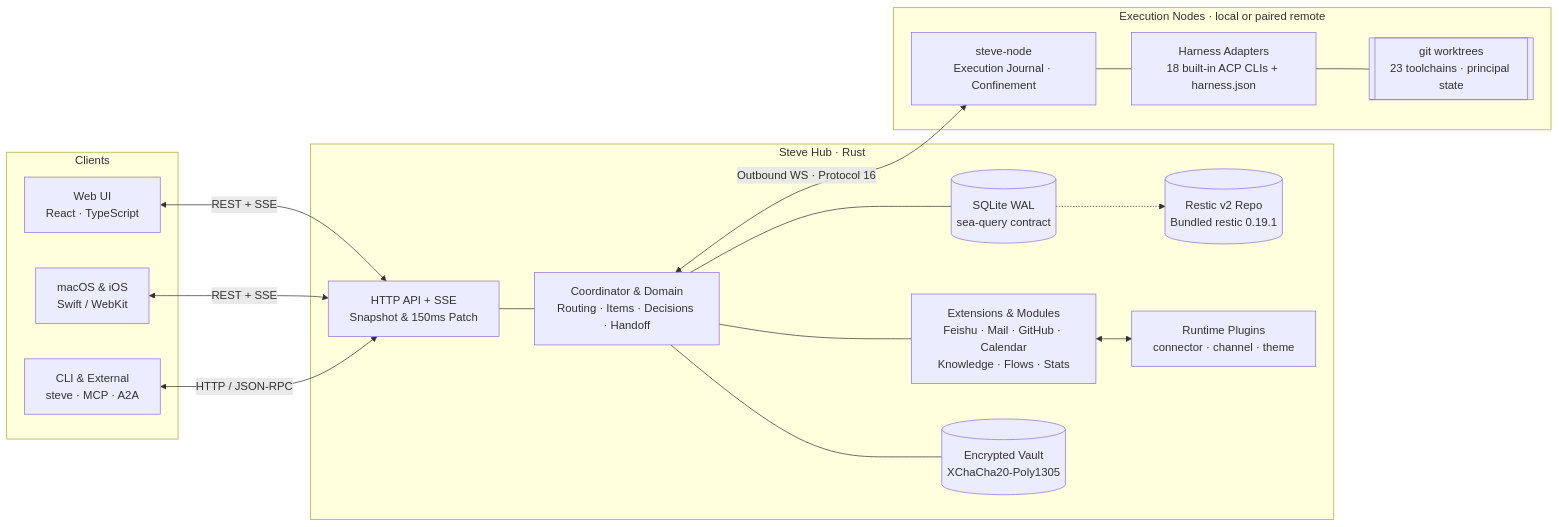
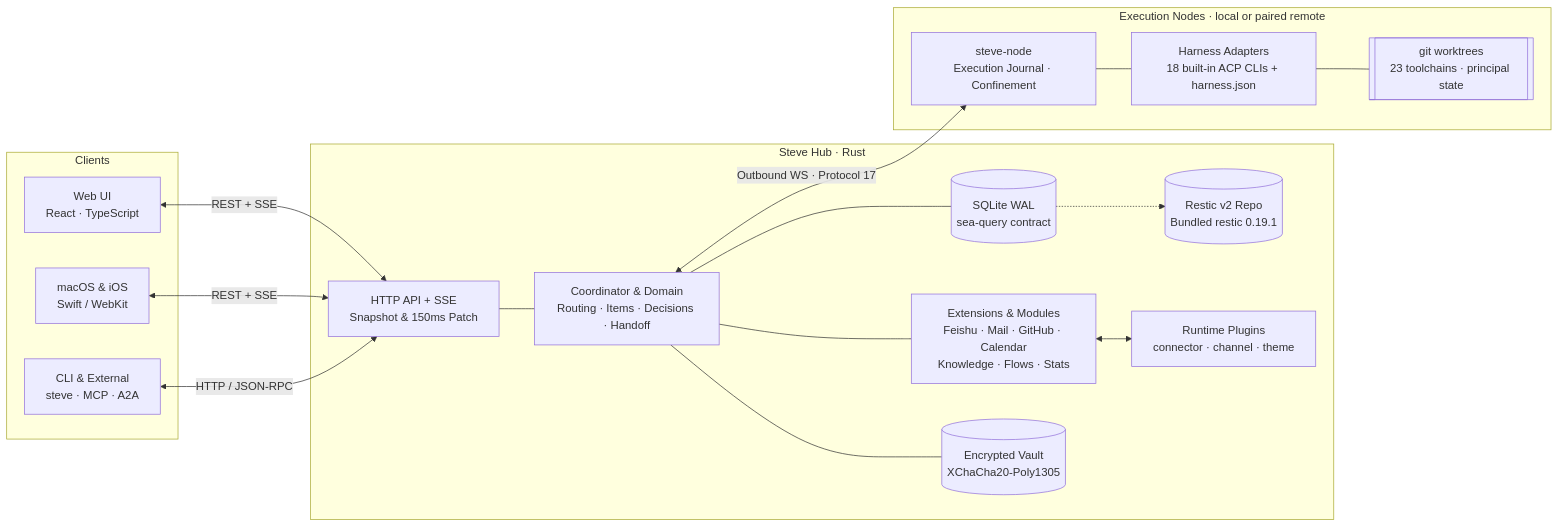
The diagram in docs/architecture.md (Infranite/steve), drawn with Mermaid before and after one commit. The commit also changed other lines of this file and 116 other files, not shown here.

````diff
--- a/docs/architecture.md
+++ b/docs/architecture.md
@@ -7,36 +7,36 @@
 ```mermaid
 flowchart LR
     subgraph Clients["Clients"]
         W["Web UI<br/>React · TypeScript"]
         A["macOS & iOS<br/>Swift / WebKit"]
         CLI["CLI & External<br/>steve · MCP · A2A"]
     end
 
     subgraph Hub["Steve Hub · Rust"]
         API["HTTP API + SSE<br/>Snapshot & 150ms Patch"]
         CORE["Coordinator & Domain<br/>Routing · Items · Decisions · Handoff"]
         MOD["Extensions & Modules<br/>Feishu · Mail · GitHub · Calendar<br/>Knowledge · Flows · Stats"]
         STORE[("SQLite WAL<br/>sea-query contract")]
         VAULT[("Encrypted Vault<br/>XChaCha20-Poly1305")]
         BK[("Restic v2 Repo<br/>Bundled restic 0.19.1")]
         PLG["Runtime Plugins<br/>connector · channel · theme"]
     end
 
     subgraph Nodes["Execution Nodes · local or paired remote"]
         N1["steve-node<br/>Execution Journal · Confinement"]
         ACP["Harness Adapters<br/>18 built-in ACP CLIs + harness.json"]
         WT[["git worktrees<br/>23 toolchains · principal state"]]
     end
 
     W & A <-->|"REST + SSE"| API
     CLI <-->|"HTTP / JSON-RPC"| API
     API --- CORE
     CORE --- MOD
     CORE --- STORE
     CORE --- VAULT
     STORE -.-> BK
     MOD <--> PLG
-    CORE <-->|"Outbound WS · Protocol 16"| N1
+    CORE <-->|"Outbound WS · Protocol 17"| N1
     N1 --- ACP
     ACP --- WT
 ```
````
